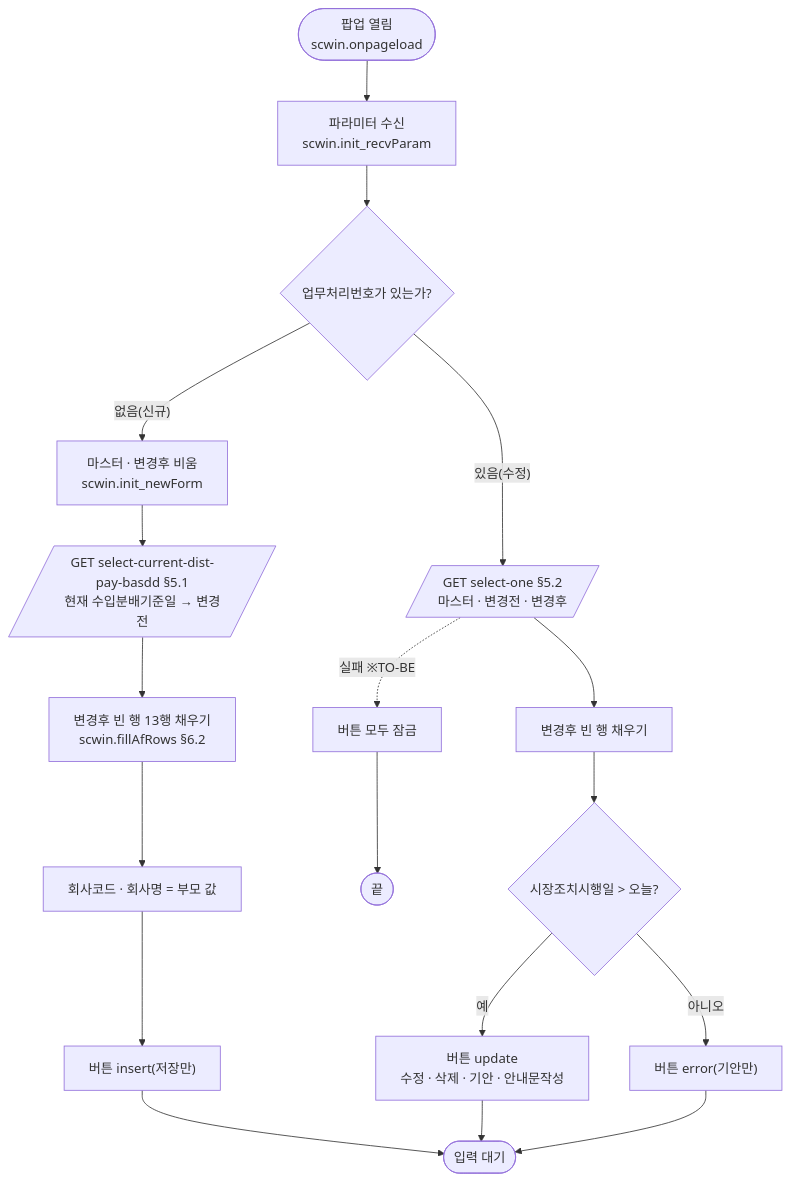
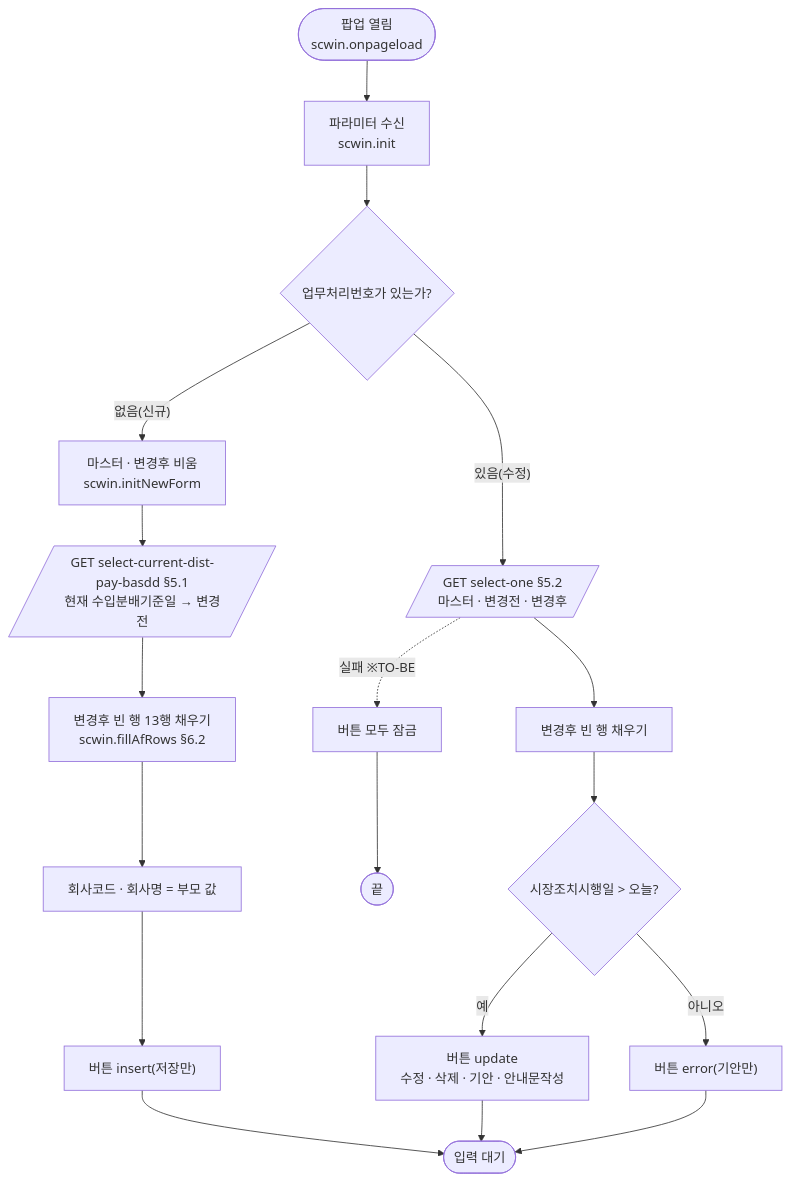
Before and after one commit to jcpark-alt/KRX_CRAFT: the second of 7 diagrams in conversion/gfm-front/ui/ULDSTF05621/ULDSTF05621.md, drawn with Mermaid. The commit also changed other lines of this file and 3 other files, not shown here.

First line of the commit message:
refactor(gfm-front): ULDSTF05621·05911 TO-BE 전환 기준 정비 + scwin.init 통일

````diff
--- a/conversion/gfm-front/ui/ULDSTF05621/ULDSTF05621.md
+++ b/conversion/gfm-front/ui/ULDSTF05621/ULDSTF05621.md
@@ -96,16 +96,16 @@
 ```mermaid
 flowchart TD
-    S(["팝업 열림<br/>scwin.onpageload"]) --> P["파라미터 수신<br/>scwin.init_recvParam"]
+    S(["팝업 열림<br/>scwin.onpageload"]) --> P["파라미터 수신<br/>scwin.init"]
     P --> B{"업무처리번호가 있는가?"}
-    B -- "없음(신규)" --> N1["마스터 · 변경후 비움<br/>scwin.init_newForm"]
+    B -- "없음(신규)" --> N1["마스터 · 변경후 비움<br/>scwin.initNewForm"]
     N1 --> N2[/"GET select-current-dist-pay-basdd §5.1<br/>현재 수입분배기준일 → 변경전"/]
     N2 --> N3["변경후 빈 행 13행 채우기<br/>scwin.fillAfRows §6.2"]
     N3 --> N4["회사코드 · 회사명 = 부모 값"]
     N4 --> N5["버튼 insert(저장만)"] --> E1(["입력 대기"])
     B -- "있음(수정)" --> U1[/"GET select-one §5.2<br/>마스터 · 변경전 · 변경후"/]
     U1 -. "실패 ※TO-BE" .-> U3["버튼 모두 잠금"] --> E2(["끝"])
     U1 --> U4["변경후 빈 행 채우기"]
     U4 --> U5{"시장조치시행일 > 오늘?"}
     U5 -- "예" --> U6["버튼 update<br/>수정 · 삭제 · 기안 · 안내문작성"] --> E1
     U5 -- "아니오" --> U7["버튼 error(기안만)"] --> E1
 ```
````
